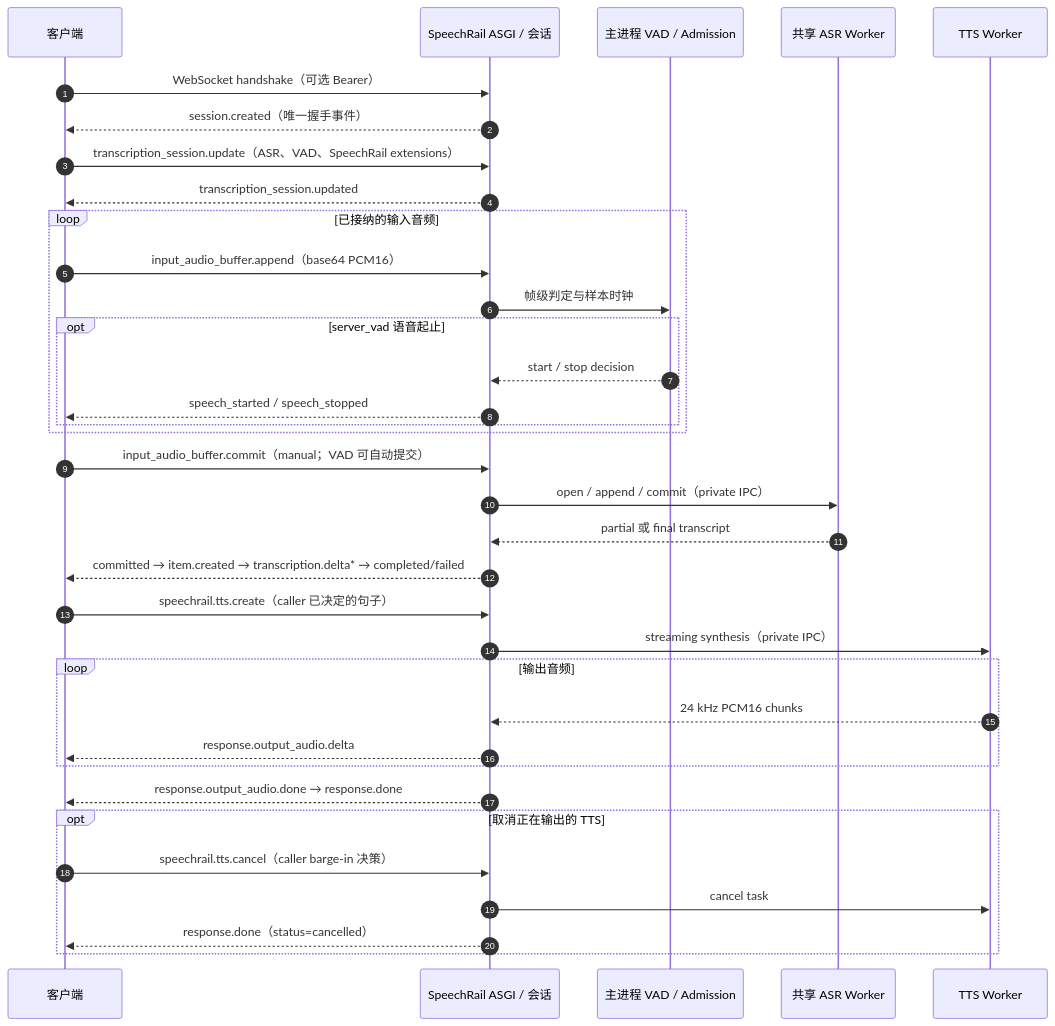
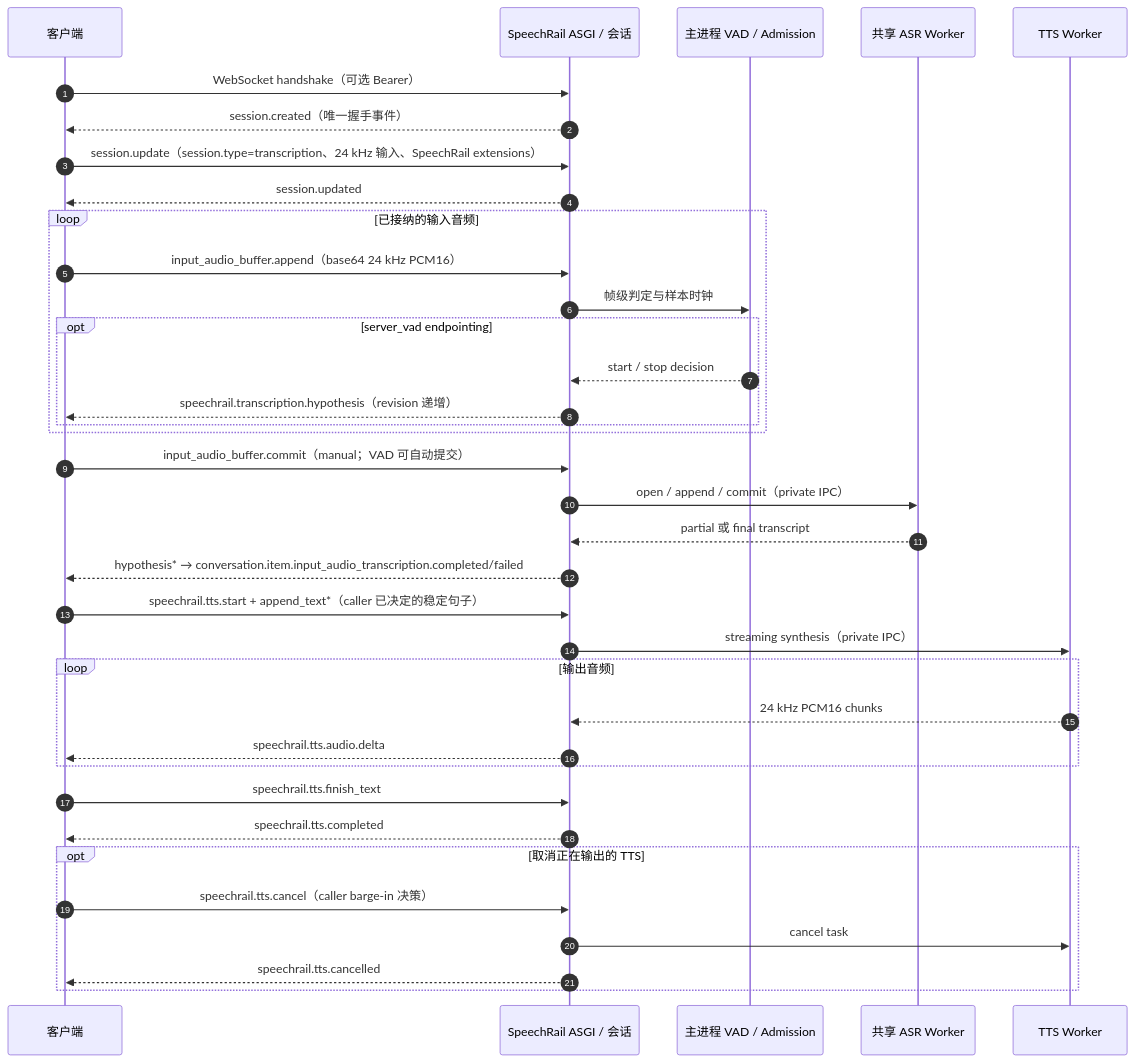
One commit to hrygo/SpeechRail changed the second of 2 diagrams in docs/architecture/architecture.md. Above: the diagram before and after it, drawn with Mermaid. The commit also changed other lines of this file and 86 other files, not shown here.

````diff
--- a/docs/architecture/architecture.md
+++ b/docs/architecture/architecture.md
@@ -96,41 +96,42 @@
 ```mermaid
 sequenceDiagram
     autonumber
     participant Client as 客户端
     participant Host as SpeechRail ASGI / 会话
     participant VAD as 主进程 VAD / Admission
     participant ASR as 共享 ASR Worker
     participant TTS as TTS Worker
 
     Client->>Host: WebSocket handshake（可选 Bearer）
     Host-->>Client: session.created（唯一握手事件）
-    Client->>Host: transcription_session.update（ASR、VAD、SpeechRail extensions）
-    Host-->>Client: transcription_session.updated
+    Client->>Host: session.update（session.type=transcription、24 kHz 输入、SpeechRail extensions）
+    Host-->>Client: session.updated
 
     loop 已接纳的输入音频
-        Client->>Host: input_audio_buffer.append（base64 PCM16）
+        Client->>Host: input_audio_buffer.append（base64 24 kHz PCM16）
         Host->>VAD: 帧级判定与样本时钟
-        opt server_vad 语音起止
+        opt server_vad endpointing
             VAD-->>Host: start / stop decision
-            Host-->>Client: speech_started / speech_stopped
+            Host-->>Client: speechrail.transcription.hypothesis（revision 递增）
         end
     end
     Client->>Host: input_audio_buffer.commit（manual；VAD 可自动提交）
     Host->>ASR: open / append / commit（private IPC）
     ASR-->>Host: partial 或 final transcript
-    Host-->>Client: committed → item.created → transcription.delta* → completed/failed
+    Host-->>Client: hypothesis* → conversation.item.input_audio_transcription.completed/failed
 
-    Client->>Host: speechrail.tts.create（caller 已决定的句子）
+    Client->>Host: speechrail.tts.start + append_text*（caller 已决定的稳定句子）
     Host->>TTS: streaming synthesis（private IPC）
     loop 输出音频
         TTS-->>Host: 24 kHz PCM16 chunks
-        Host-->>Client: response.output_audio.delta
+        Host-->>Client: speechrail.tts.audio.delta
     end
-    Host-->>Client: response.output_audio.done → response.done
+    Client->>Host: speechrail.tts.finish_text
+    Host-->>Client: speechrail.tts.completed
 
     opt 取消正在输出的 TTS
         Client->>Host: speechrail.tts.cancel（caller barge-in 决策）
         Host->>TTS: cancel task
-        Host-->>Client: response.done（status=cancelled）
+        Host-->>Client: speechrail.tts.cancelled
     end
 ```
````
